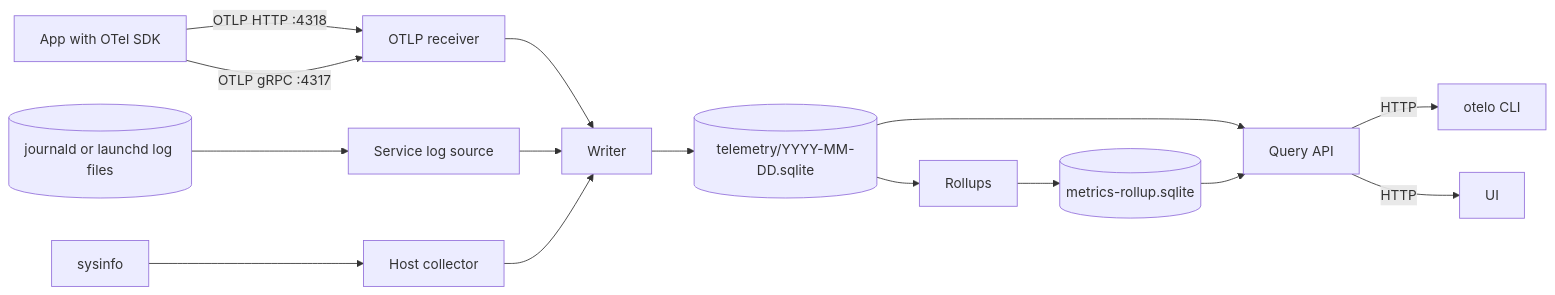
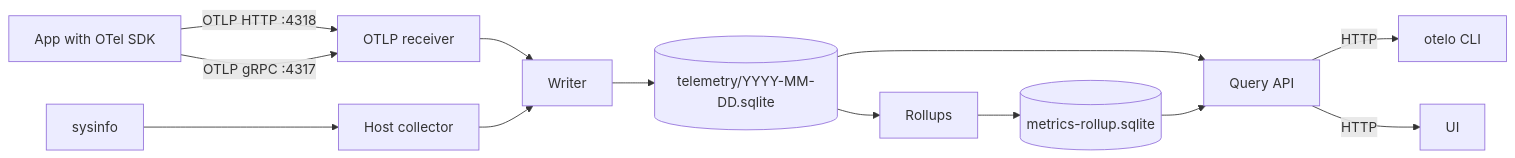
One commit to sukovanej/otelo changed the first of 2 diagrams in docs/telemetry.md. Above: the diagram before and after it, drawn with Mermaid. The commit also changed other lines of this file, not shown here.

````diff
--- a/docs/telemetry.md
+++ b/docs/telemetry.md
@@ -9,17 +9,15 @@
 ```mermaid
 flowchart LR
   app[App with OTel SDK] -->|OTLP HTTP :4318| recv[OTLP receiver]
   app -->|OTLP gRPC :4317| recv
-  journal[(journald or launchd log files)] --> tail[Service log source]
   sys[sysinfo] --> host[Host collector]
   recv --> writer[Writer]
-  tail --> writer
   host --> writer
   writer --> day[(telemetry/YYYY-MM-DD.sqlite)]
   day --> rollup[Rollups]
   rollup --> agg[(metrics-rollup.sqlite)]
   day --> api[Query API]
   agg --> api
   api -->|HTTP| cli[otelo CLI]
   api -->|HTTP| ui[UI]
 ```
````
